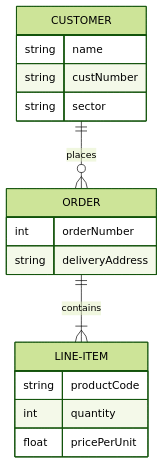
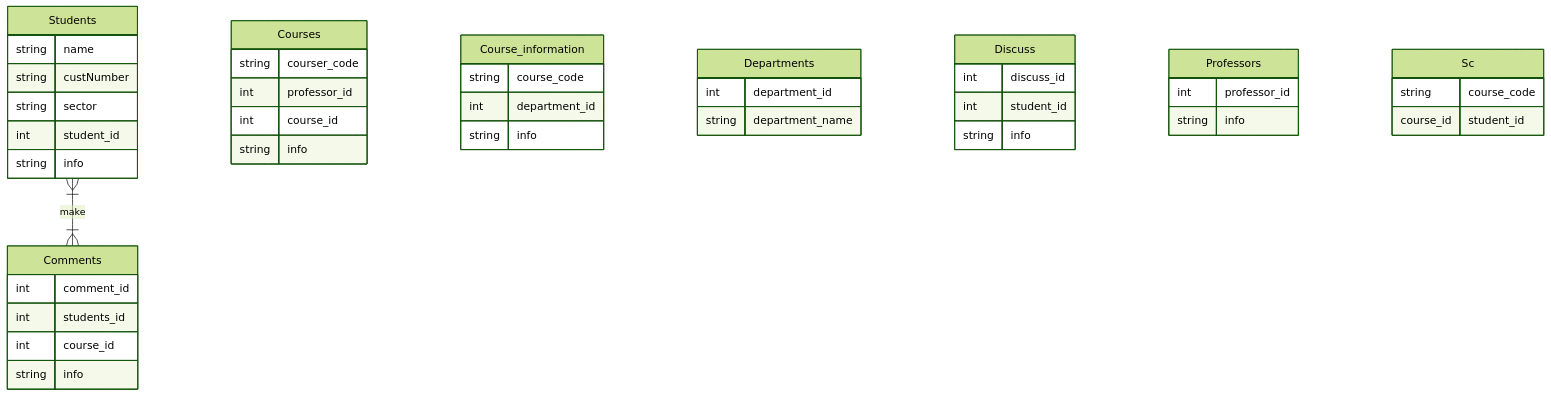
Before and after one commit to EthanWTL/Beloiwitter: the diagram in README.md, drawn with Mermaid (forest theme).

````diff
--- a/README.md
+++ b/README.md
@@ -153,19 +153,60 @@
 ```mermaid
 erDiagram
-    CUSTOMER ||--o{ ORDER : places
-    CUSTOMER {
+
+Students {
         string name
         string custNumber
         string sector
-    }
-    ORDER ||--|{ LINE-ITEM : contains
-    ORDER {
-        int orderNumber
-        string deliveryAddress
-    }
-    LINE-ITEM {
-        string productCode
-        int quantity
-        float pricePerUnit
-    }
+}
+
+Comments {
+int comment_id
+int students_id
+int course_id
+string info
+}
+
+Courses{
+string courser_code
+int professor_id
+int course_id
+string info
+}
+
+Course_information{
+string course_code
+int department_id
+string info
+}
+
+Departments{
+int department_id
+string department_name}
+
+Discuss{
+int discuss_id
+int student_id
+string info
+}
+
+Professors{
+int professor_id
+string info
+}
+
+Sc{
+string course_code
+course_id
+student_id
+}
+
+Students{
+int student_id
+string info
+}
+
+
+Students }|--|{ Comments : make
+
+
 ```
````
